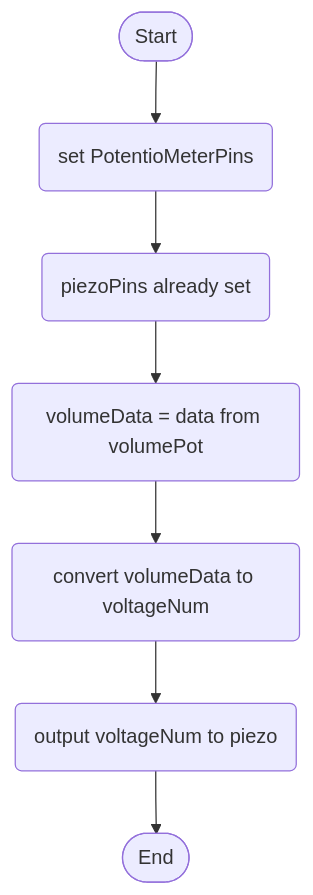
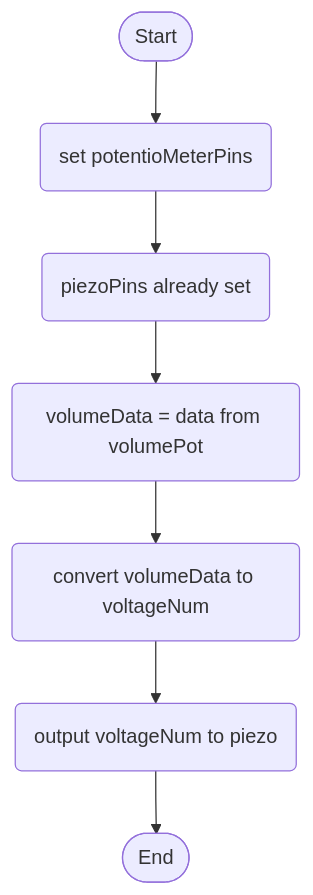
Before and after one commit to Deltace05/SmartDog: the fourth of 5 diagrams in logic.md, drawn with Mermaid.

````diff
--- a/logic.md
+++ b/logic.md
@@ -96,17 +96,17 @@
 ```mermaid
 flowchart TD
 terminalStart([Start])
 terminalEnd([End])
-setVolumePot(set PotentioMeterPins)
+setVolumePot(set potentioMeterPins)
 piezoInfo(piezoPins already set)
 readVolumePot(volumeData = data from volumePot)
 convertOutput(convert volumeData to voltageNum)
 outputVolt(output voltageNum to piezo)
 
 terminalStart --> setVolumePot
 setVolumePot --> piezoInfo
 piezoInfo --> readVolumePot
 readVolumePot --> convertOutput
 convertOutput --> outputVolt
 outputVolt --> terminalEnd
 ```
````
